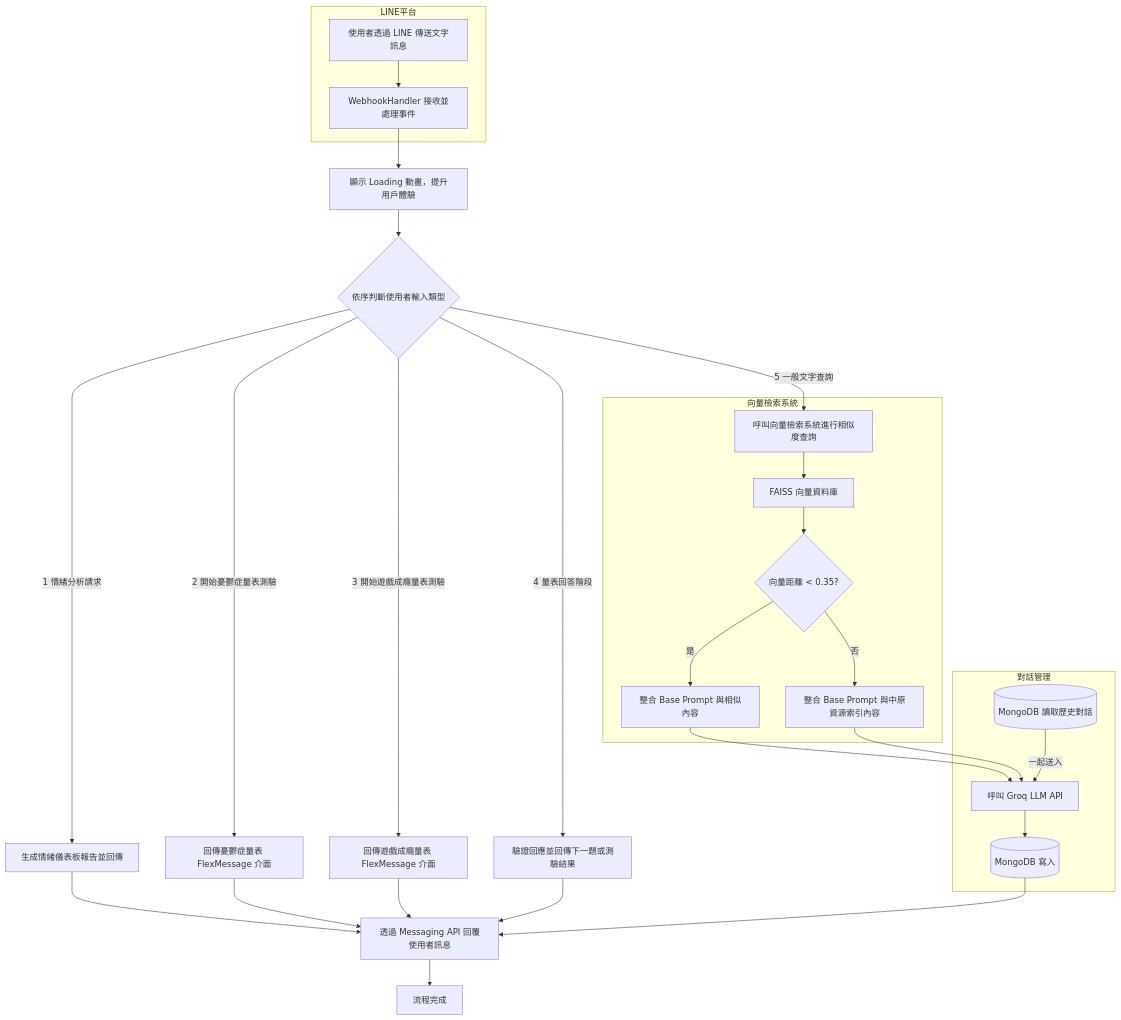
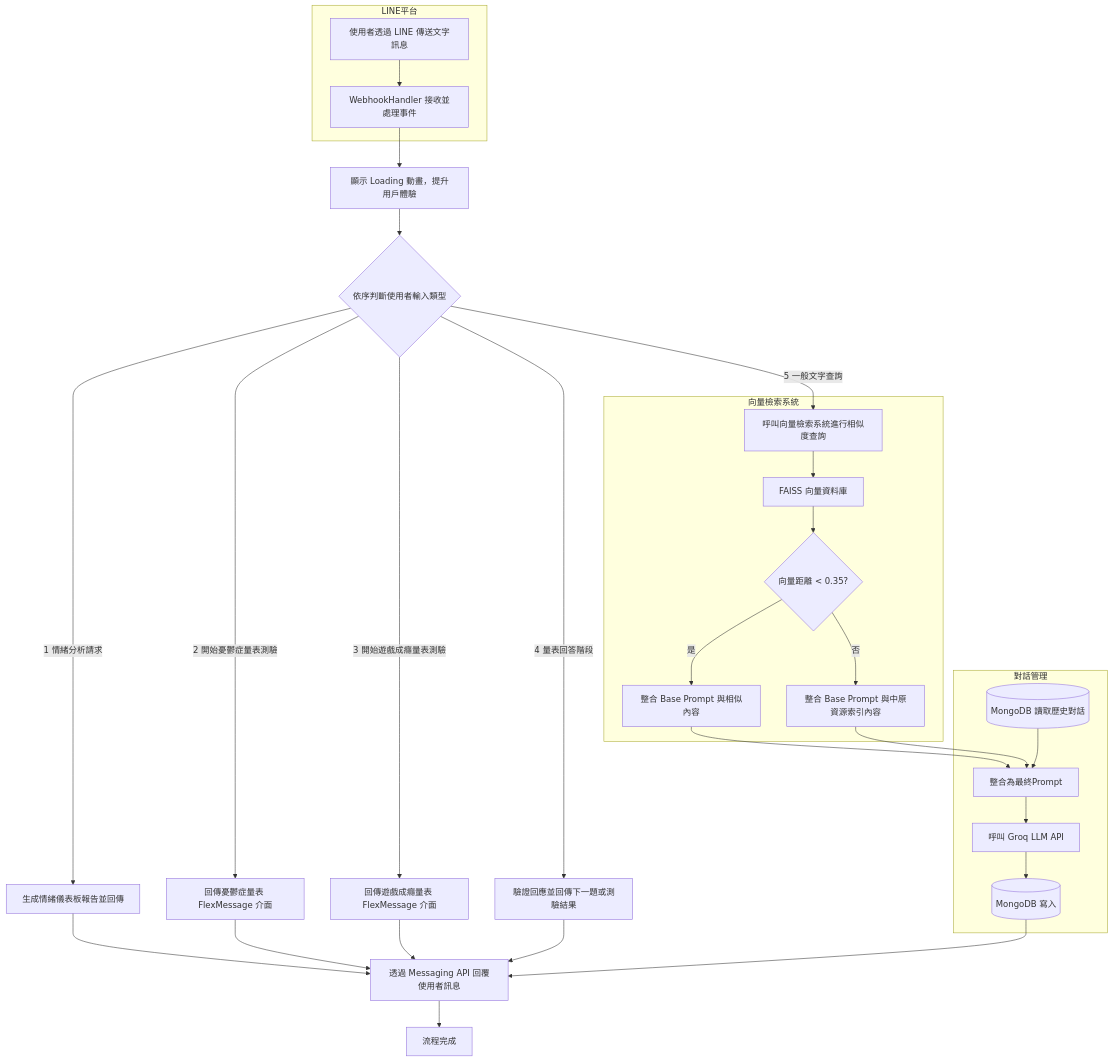
The diagram in README.md (aurorajojo/line_app), drawn with Mermaid before and after one commit.

````diff
--- a/README.md
+++ b/README.md
@@ -3,46 +3,48 @@
 ```mermaid
 flowchart TD
     subgraph LINE平台
         A[使用者透過 LINE 傳送文字訊息] --> B[WebhookHandler 接收並處理事件]
     end
 
     B --> C[顯示 Loading 動畫，提升用戶體驗]
 
     C --> D{依序判斷使用者輸入類型}
 
     D -->|1 情緒分析請求| E[生成情緒儀表板報告並回傳]
     E --> O1
 
     D -->|2 開始憂鬱症量表測驗| F[回傳憂鬱症量表 FlexMessage 介面]
     F --> O1
 
     D -->|3 開始遊戲成癮量表測驗| G[回傳遊戲成癮量表 FlexMessage 介面]
     G --> O1
 
     D -->|4 量表回答階段| H[驗證回應並回傳下一題或測驗結果]
     H --> O1
 
     D -->|5 一般文字查詢| I[呼叫向量檢索系統進行相似度查詢]
 
     subgraph 向量檢索系統
         I --> V1[FAISS 向量資料庫]
         V1 --> Q{向量距離 < 0.35?}
         Q -->|是| J[整合 Base Prompt 與相似內容]
         Q -->|否| R[整合 Base Prompt 與中原資源索引內容]
     end
 
     subgraph 對話管理
-        J --> L[呼叫 Groq LLM API]
-        R --> L
+        J --> X[整合為最終Prompt]
+        R --> X
+        MDB_Read --> X
+
+        X --> L[呼叫 Groq LLM API]
         MDB_Read[(MongoDB 讀取歷史對話)]
         MDB_Write[(MongoDB 寫入)]
 
 
-        MDB_Read -->|一起送入| L
         L --> MDB_Write
         
     end
     MDB_Write --> O1
     O1[透過 Messaging API 回覆使用者訊息] --> Z[流程完成]
 
 ```
````
